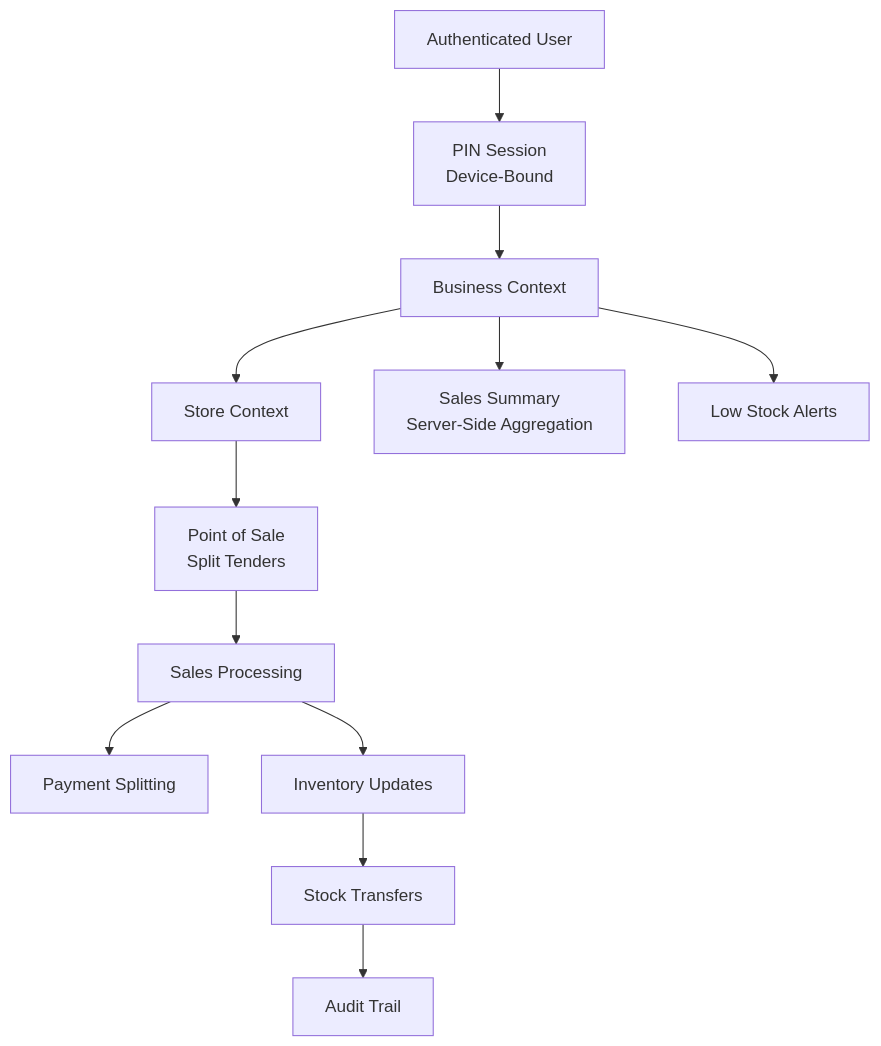
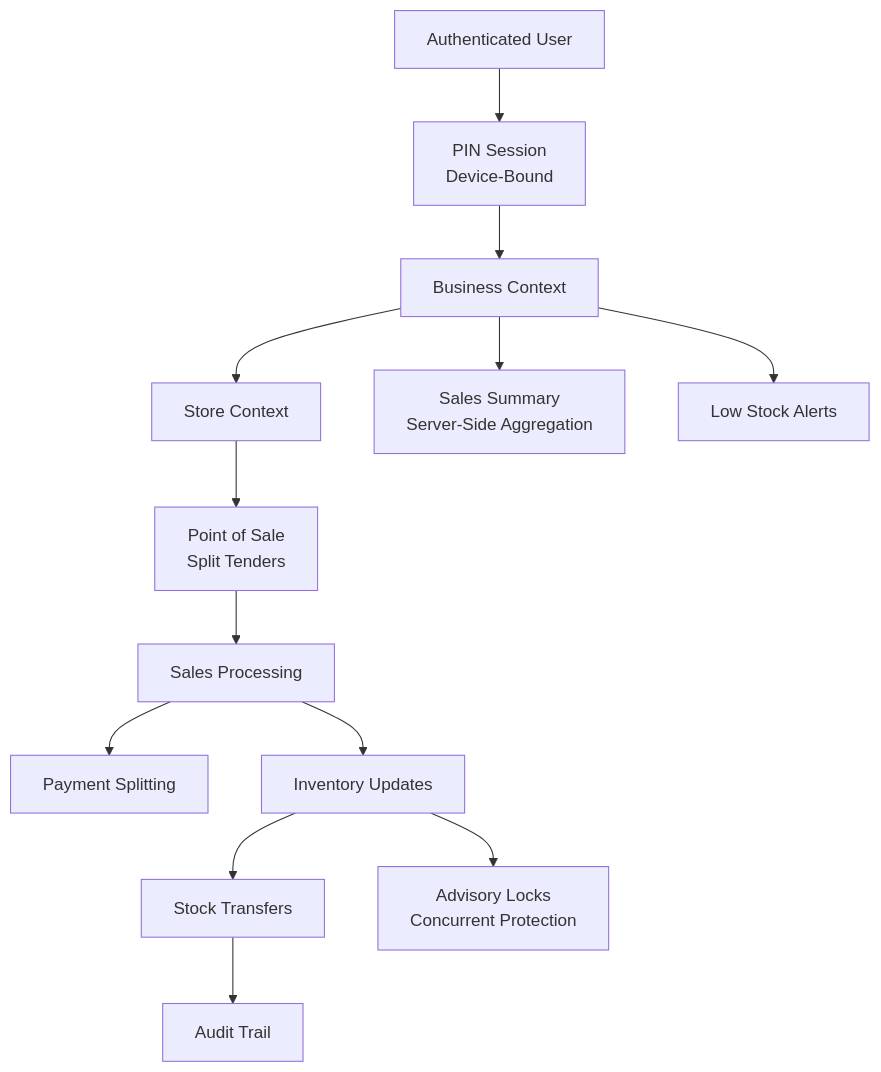
The second of 5 diagrams in .qoder/repowiki/en/content/Database Schema Design.md (themclloyd/storq), drawn with Mermaid before and after one commit. The commit also changed other lines of this file and 42 other files, not shown here.

````diff
--- a/.qoder/repowiki/en/content/Database Schema Design.md
+++ b/.qoder/repowiki/en/content/Database Schema Design.md
@@ -110,14 +120,15 @@
 ```mermaid
 graph TB
 Auth["Authenticated User"] --> PIN["PIN Session<br/>Device-Bound"]
 PIN --> Business["Business Context"]
 Business --> Store["Store Context"]
 Store --> POS["Point of Sale<br/>Split Tenders"]
 POS --> Sales["Sales Processing"]
 Sales --> Payments["Payment Splitting"]
 Sales --> Inventory["Inventory Updates"]
 Inventory --> Transfers["Stock Transfers"]
 Transfers --> Audit["Audit Trail"]
 Business --> Reports["Sales Summary<br/>Server-Side Aggregation"]
 Business --> Alerts["Low Stock Alerts"]
+Inventory --> Advisory["Advisory Locks<br/>Concurrent Protection"]
 ```
````
